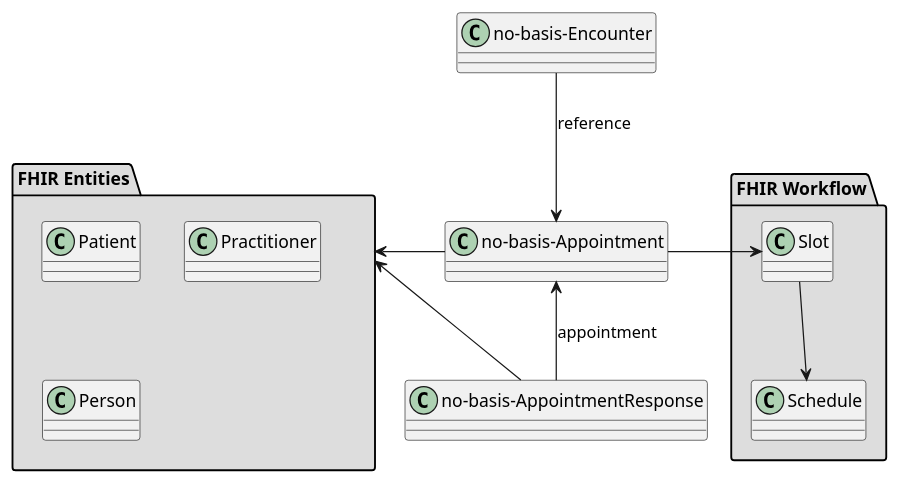
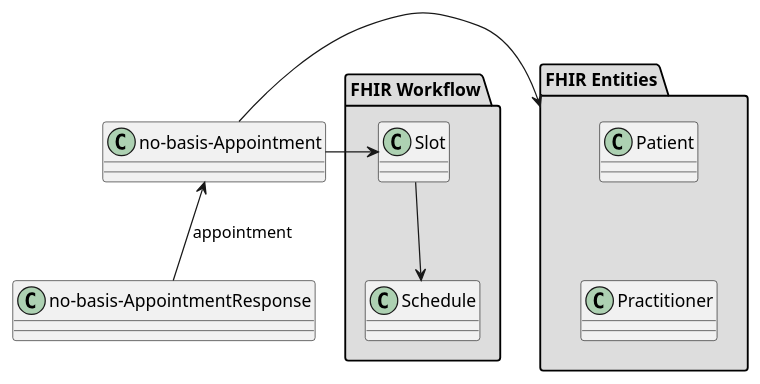
Before and after one commit to thomiz/R5-fsh-no-basis: the diagram in no-basis/input/images-source/no-basis-Appointent.plantuml, drawn with PlantUML.

Commit message:
no-basis-Appointment

```diff
--- a/no-basis/input/images-source/no-basis-Appointent.plantuml
+++ b/no-basis/input/images-source/no-basis-Appointent.plantuml
@@ -1,25 +1,34 @@
 @startuml
 
+hide <<encounter>>
+
+package "FHIR Workflow" #DDDDDD {
+class "Schedule" as class7
+class "Slot" as class8
+
+class8 -down-> class7
+}
+
+together {
 class "no-basis-Appointment" as class1
 class "no-basis-AppointmentResponse" as class2
-class "no-basis-Encounter" as class3
+'class "no-basis-Encounter" as class3 <<encounter>>
+class2 -up-> class1 : appointment
+}
 
 package "FHIR Entities" #DDDDDD {
 class "Patient" as class4
 class "Practitioner" as class5
-class "Person" as class6
+
+class4 -down[hidden]-> class5
+'class "Person" as class6
 }
 
-package "FHIR Workflow" #DDDDDD {
-class "Schedule" as class7
-class "Slot" as class8
-}
+'class3 -down-> class1 : reference
+class1 -left-> class8
 
-class3 -down-> class1 : reference
-class2 -up-> class1 : appointment
-class8 --> class7
-class1 -right-> class8
-class1 -left-> "FHIR Entities" 
-class2 -left-> "FHIR Entities"
+class1 -right-> "FHIR Entities" 
+'class2 -left-> "FHIR Entities"
+'"FHIR Entities" -left[hidden]-> "FHIR Workflow"
 
 @enduml
```
